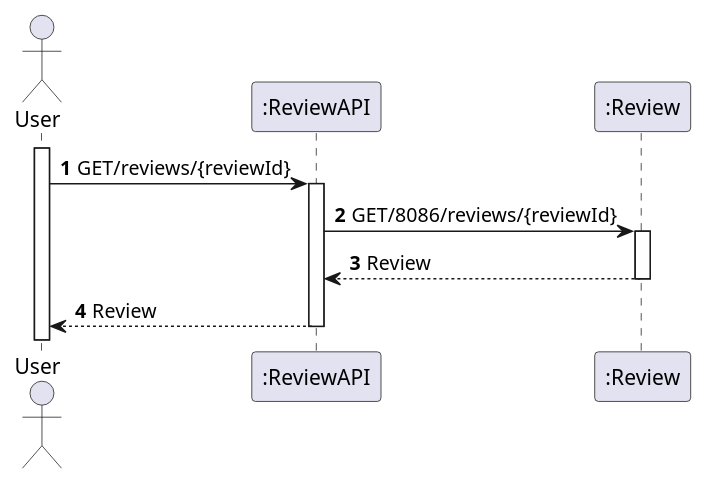
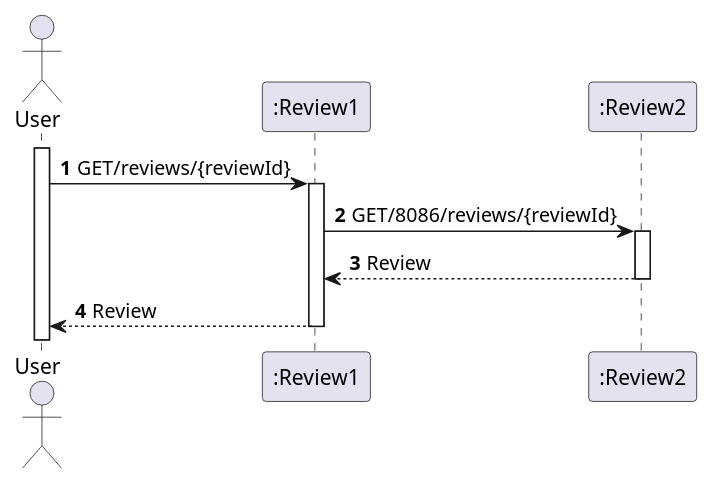
One commit to giovannaFantacini/ReviewAPI changed the diagram in Documentos/SIDIS/Review_findOne.puml. Above: the diagram before and after it, drawn with PlantUML. The commit also changed 9 other files, not shown here.

Commit message:
Diagramas

```diff
--- a/Documentos/SIDIS/Review_findOne.puml
+++ b/Documentos/SIDIS/Review_findOne.puml
@@ -1,18 +1,18 @@
 @startuml
 'https://plantuml.com/sequence-diagram
 
 autoactivate on
 autonumber
 
 actor "User" as User
-participant ":ReviewAPI" as rev1
-participant ":Review" as rev2
+participant ":Review1" as rev1
+participant ":Review2" as rev2
 
 activate User
 
 User -> rev1: GET/reviews/{reviewId}
 rev1 -> rev2: GET/8086/reviews/{reviewId}
 rev2 --> rev1: Review
 rev1 --> User: Review
 
 @enduml
```
